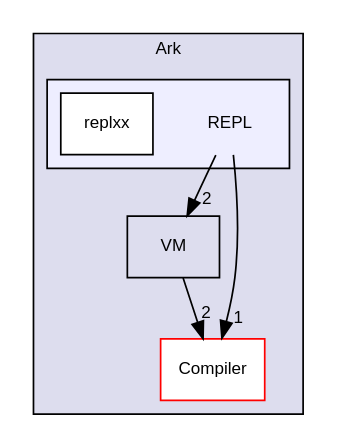
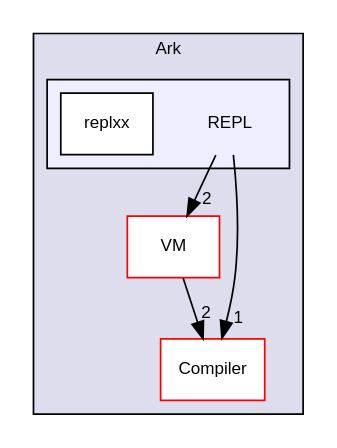
The diagram in docs/impl/dir_fcfe4316a8cc31a1cf70428f9403b478_dep.dot (ArkScript-lang/old-website), drawn with Graphviz before and after one commit. The commit also changed 1077 other files, not shown here.

```diff
--- a/docs/impl/dir_fcfe4316a8cc31a1cf70428f9403b478_dep.dot
+++ b/docs/impl/dir_fcfe4316a8cc31a1cf70428f9403b478_dep.dot
@@ -1,18 +1,18 @@
 digraph "C:/Users/folae/Documents/Code/Big-Projects/ArkScript/Ark/include/Ark/REPL" {
   compound=true
   node [ fontsize="10", fontname="Helvetica"];
   edge [ labelfontsize="10", labelfontname="Helvetica"];
   subgraph clusterdir_a8b6c64285bf9ac60f50770eb2fc48b5 {
     graph [ bgcolor="#ddddee", pencolor="black", label="Ark" fontname="Helvetica", fontsize="10", URL="dir_a8b6c64285bf9ac60f50770eb2fc48b5.html"]
-  dir_222307dbf92126e8e24c7a501f533901 [shape=box label="VM" URL="dir_222307dbf92126e8e24c7a501f533901.html"];
+  dir_222307dbf92126e8e24c7a501f533901 [shape=box label="VM" fillcolor="white" style="filled" color="red" URL="dir_222307dbf92126e8e24c7a501f533901.html"];
   dir_e4f19535f57335fb80a0267cec25bf70 [shape=box label="Compiler" fillcolor="white" style="filled" color="red" URL="dir_e4f19535f57335fb80a0267cec25bf70.html"];
   subgraph clusterdir_fcfe4316a8cc31a1cf70428f9403b478 {
     graph [ bgcolor="#eeeeff", pencolor="black", label="" URL="dir_fcfe4316a8cc31a1cf70428f9403b478.html"];
     dir_fcfe4316a8cc31a1cf70428f9403b478 [shape=plaintext label="REPL"];
   dir_3432122435c16fd6f9b248185b009ab6 [shape=box label="replxx" fillcolor="white" style="filled" URL="dir_3432122435c16fd6f9b248185b009ab6.html"];
   }
   }
-  dir_222307dbf92126e8e24c7a501f533901->dir_e4f19535f57335fb80a0267cec25bf70 [headlabel="2", labeldistance=1.5 headhref="dir_000007_000003.html"];
-  dir_fcfe4316a8cc31a1cf70428f9403b478->dir_222307dbf92126e8e24c7a501f533901 [headlabel="2", labeldistance=1.5 headhref="dir_000005_000007.html"];
-  dir_fcfe4316a8cc31a1cf70428f9403b478->dir_e4f19535f57335fb80a0267cec25bf70 [headlabel="1", labeldistance=1.5 headhref="dir_000005_000003.html"];
+  dir_222307dbf92126e8e24c7a501f533901->dir_e4f19535f57335fb80a0267cec25bf70 [headlabel="2", labeldistance=1.5 headhref="dir_000009_000003.html"];
+  dir_fcfe4316a8cc31a1cf70428f9403b478->dir_222307dbf92126e8e24c7a501f533901 [headlabel="2", labeldistance=1.5 headhref="dir_000007_000009.html"];
+  dir_fcfe4316a8cc31a1cf70428f9403b478->dir_e4f19535f57335fb80a0267cec25bf70 [headlabel="1", labeldistance=1.5 headhref="dir_000007_000003.html"];
 }
```
